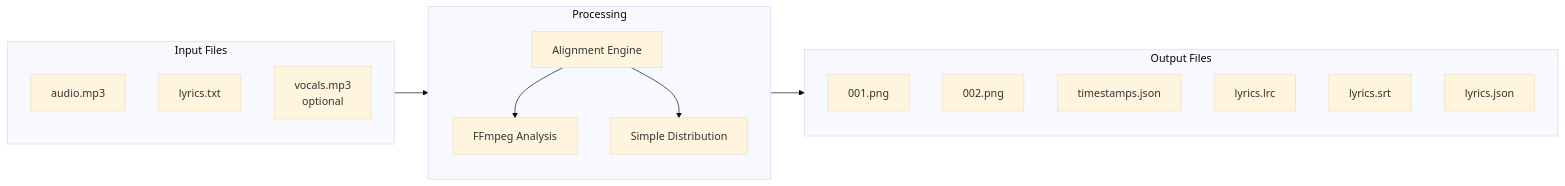
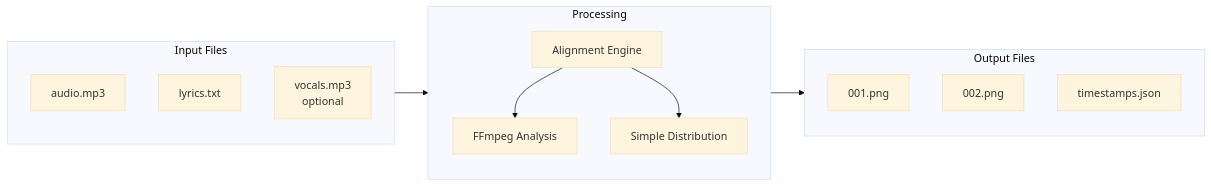
The first of 8 diagrams in docs/ARCHITECTURE.md (santoshk1970/karaoke-video-creator), drawn with Mermaid (base theme) before and after one commit. The commit also changed other lines of this file and 1 other file, not shown here.

Commit message:
docs: Simplify architecture diagrams to reflect primary workflow

````diff
--- a/docs/ARCHITECTURE.md
+++ b/docs/ARCHITECTURE.md
@@ -5,26 +5,23 @@
 ```mermaid
 graph LR
     A[Input Files] --> B[Processing]
     B --> C[Output Files]
     
     subgraph A[Input Files]
         A1[audio.mp3]
         A2[lyrics.txt]
         A3[vocals.mp3<br/>optional]
     end
     
     subgraph B[Processing]
         B1[Alignment Engine]
         B1 --> B2[FFmpeg Analysis]
         B1 --> B3[Simple Distribution]
     end
     
     subgraph C[Output Files]
         C1[001.png]
         C2[002.png]
         C3[timestamps.json]
-        C4[lyrics.lrc]
-        C5[lyrics.srt]
-        C6[lyrics.json]
     end
 ```
````
